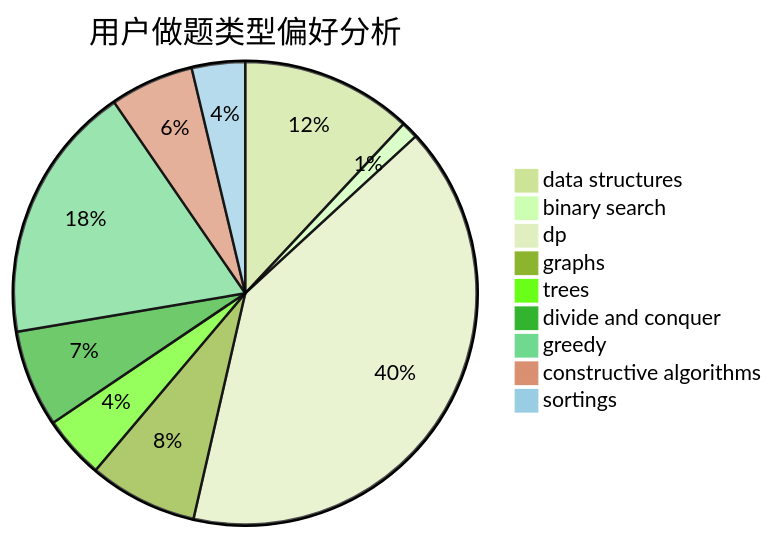
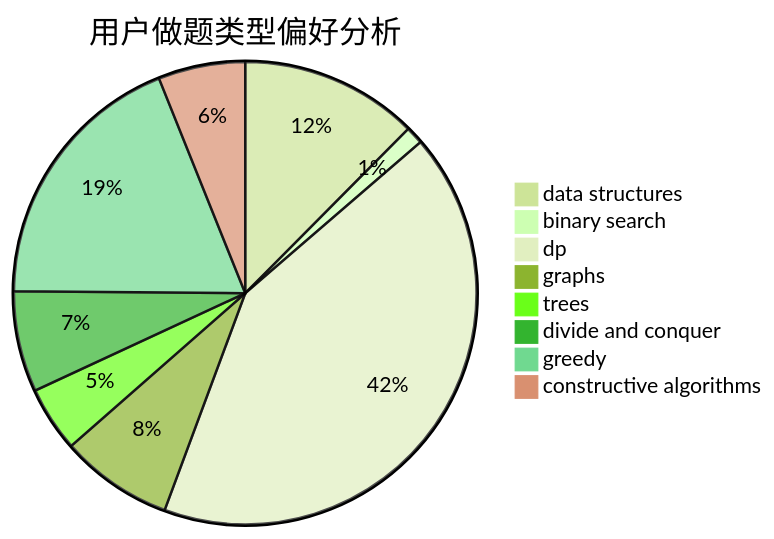
The second of 3 diagrams in docs/user/u1492.md (sherpahu/cfrs.github.io), drawn with Mermaid (forest theme) before and after one commit. The commit also changed other lines of this file and 2769 other files, not shown here.

````diff
--- a/docs/user/u1492.md
+++ b/docs/user/u1492.md
@@ -18,12 +18,11 @@
 ```mermaid
 pie title 用户做题类型偏好分析
     "data structures" :  90
     "binary search" :  9
     "dp" :  304
     "graphs" :  57
     "trees" :  33
     "divide and conquer" :  51
     "greedy" :  136
     "constructive algorithms" :  44
-    "sortings" :  28
 ```
````
